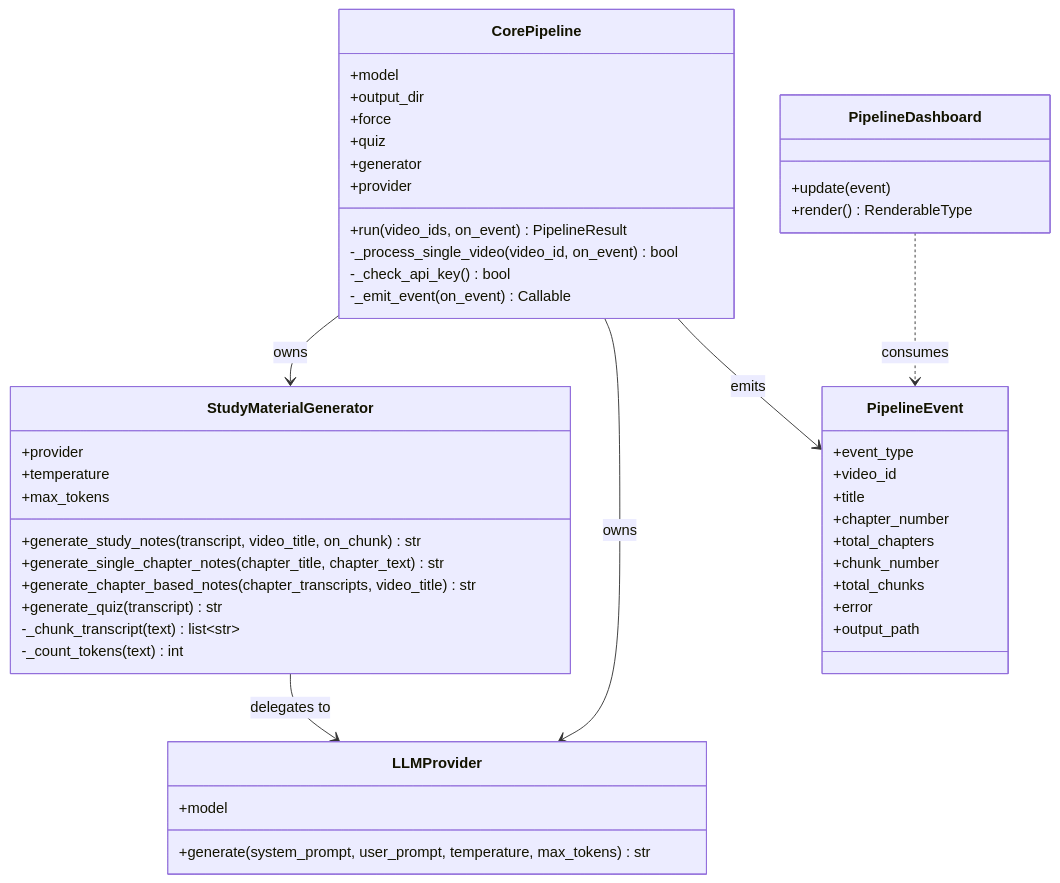
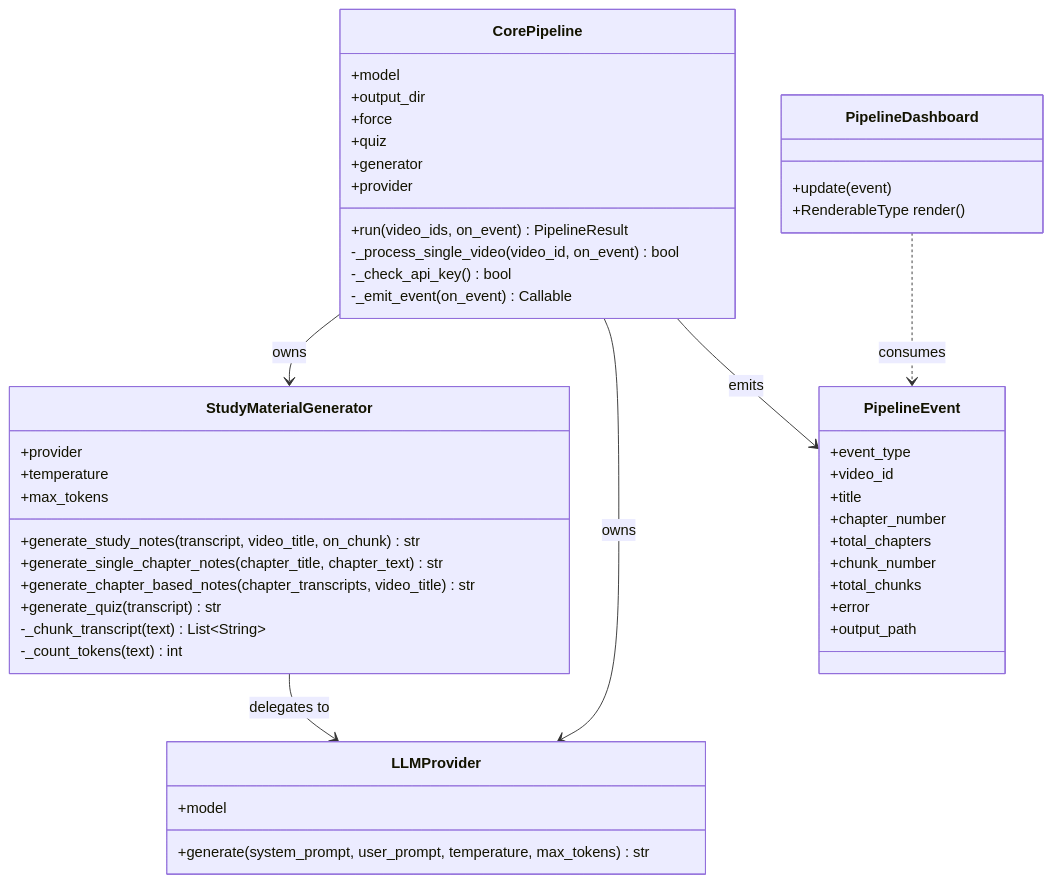
Before and after one commit to whoisjayd/notewise: the second of 3 diagrams in ARCHITECTURE.md, drawn with Mermaid. The commit also changed 8 other files, not shown here.

````diff
--- a/ARCHITECTURE.md
+++ b/ARCHITECTURE.md
@@ -65,57 +65,57 @@
 ```mermaid
 classDiagram
     direction TB
 
     class CorePipeline {
         +model
         +output_dir
         +force
         +quiz
         +generator
         +provider
         +run(video_ids, on_event) PipelineResult
         -_process_single_video(video_id, on_event) bool
         -_check_api_key() bool
         -_emit_event(on_event) Callable
     }
 
     class StudyMaterialGenerator {
         +provider
         +temperature
         +max_tokens
         +generate_study_notes(transcript, video_title, on_chunk) str
         +generate_single_chapter_notes(chapter_title, chapter_text) str
         +generate_chapter_based_notes(chapter_transcripts, video_title) str
         +generate_quiz(transcript) str
-        -_chunk_transcript(text) list~str~
+        -_chunk_transcript(text) List~String~
         -_count_tokens(text) int
     }
 
     class LLMProvider {
         +model
         +generate(system_prompt, user_prompt, temperature, max_tokens) str
     }
 
     class PipelineEvent {
         +event_type
         +video_id
         +title
         +chapter_number
         +total_chapters
         +chunk_number
         +total_chunks
         +error
         +output_path
     }
 
     class PipelineDashboard {
         +update(event)
-        +render() RenderableType
+        +RenderableType render()
     }
 
     CorePipeline --> StudyMaterialGenerator : owns
     CorePipeline --> LLMProvider : owns
     CorePipeline --> PipelineEvent : emits
     StudyMaterialGenerator --> LLMProvider : delegates to
     PipelineDashboard ..> PipelineEvent : consumes
 ```
````
